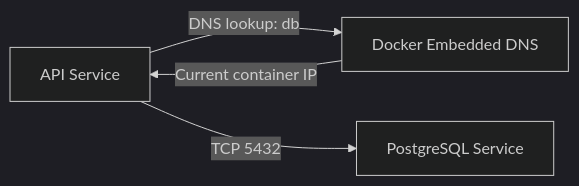
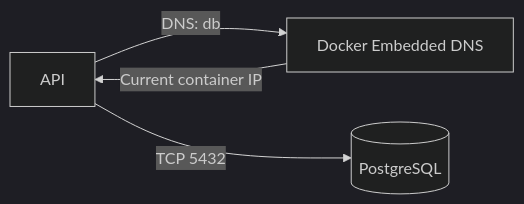
Before and after one commit to AvadhBhalodiya/Interview-Preparation: the fourth of 8 diagrams in src/content/devops/docker-compose-networking.md, drawn with Mermaid (dark theme). The commit also changed other lines of this file and 54 other files, not shown here.

````diff
--- a/src/content/devops/docker-compose-networking.md
+++ b/src/content/devops/docker-compose-networking.md
@@ -410,6 +316,6 @@
 ```mermaid
 flowchart LR
-    A[API Service] -->|DNS lookup: db| D[Docker Embedded DNS]
-    D -->|Current container IP| A
-    A -->|TCP 5432| P[PostgreSQL Service]
+    A[API] -->|DNS: db| DNS[Docker Embedded DNS]
+    DNS -->|Current container IP| A
+    A -->|TCP 5432| D[(PostgreSQL)]
 ```
````
